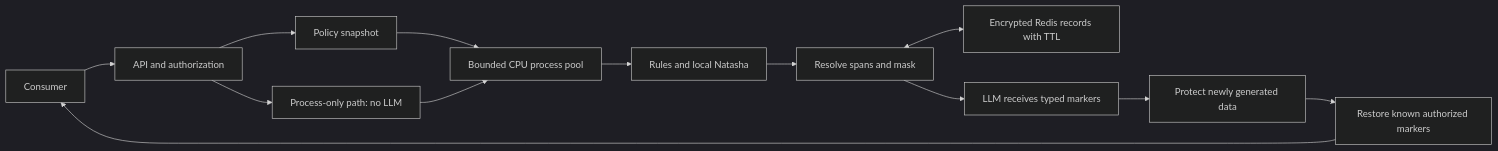
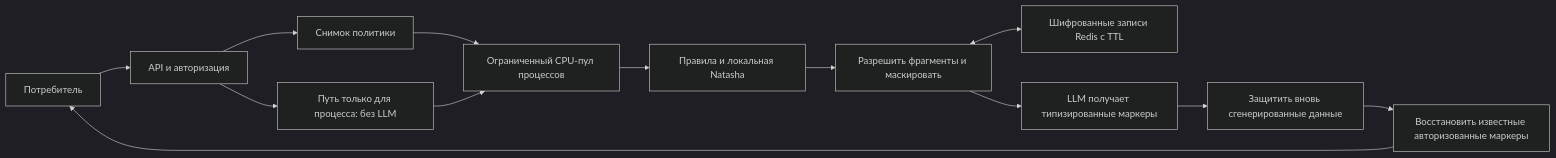
One commit to mistblessed/mistblessed-and-avsize-do-it-for-alpha changed the diagram in docs/ARCHITECTURE.md. Above: the diagram before and after it, drawn with Mermaid (dark theme). The commit also changed other lines of this file and 4 other files, not shown here.

````diff
--- a/docs/ARCHITECTURE.md
+++ b/docs/ARCHITECTURE.md
@@ -3,15 +3,15 @@
 ```mermaid
 flowchart LR
-    C[Consumer] --> A[API and authorization]
-    A --> P[Policy snapshot]
-    P --> D[Bounded CPU process pool]
-    D --> R[Rules and local Natasha]
-    R --> M[Resolve spans and mask]
-    M <--> S[Encrypted Redis records with TTL]
-    M --> L[LLM receives typed markers]
-    L --> O[Protect newly generated data]
-    O --> U[Restore known authorized markers]
+    C[Потребитель] --> A[API и авторизация]
+    A --> P[Снимок политики]
+    P --> D[Ограниченный CPU-пул процессов]
+    D --> R[Правила и локальная Natasha]
+    R --> M[Разрешить фрагменты и маскировать]
+    M <--> S[Шифрованные записи Redis с TTL]
+    M --> L[LLM получает типизированные маркеры]
+    L --> O[Защитить вновь сгенерированные данные]
+    O --> U[Восстановить известные авторизованные маркеры]
     U --> C
-    A --> X[Process-only path: no LLM]
+    A --> X[Путь только для процесса: без LLM]
     X --> D
 ```
````
